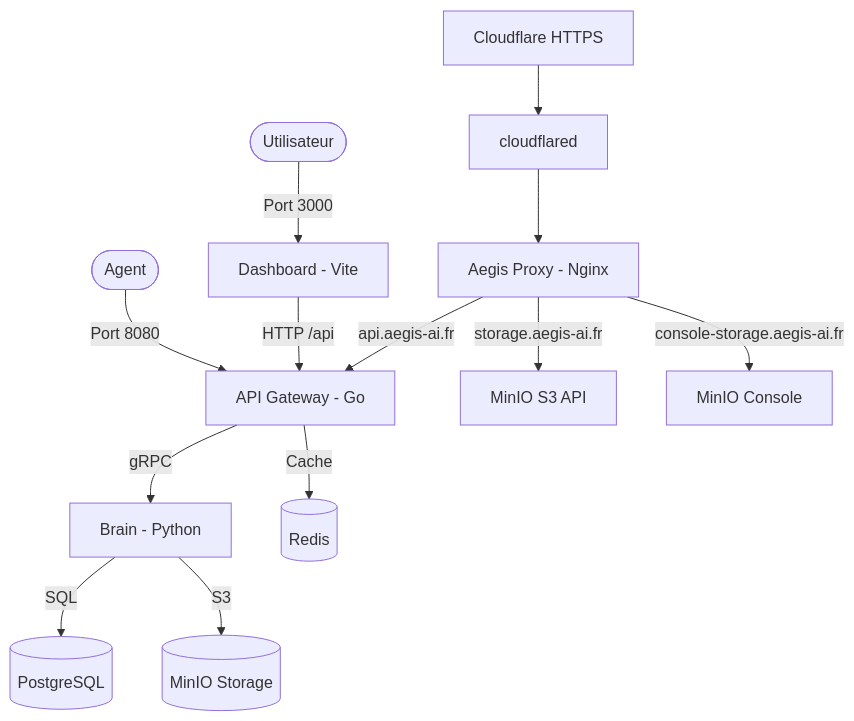
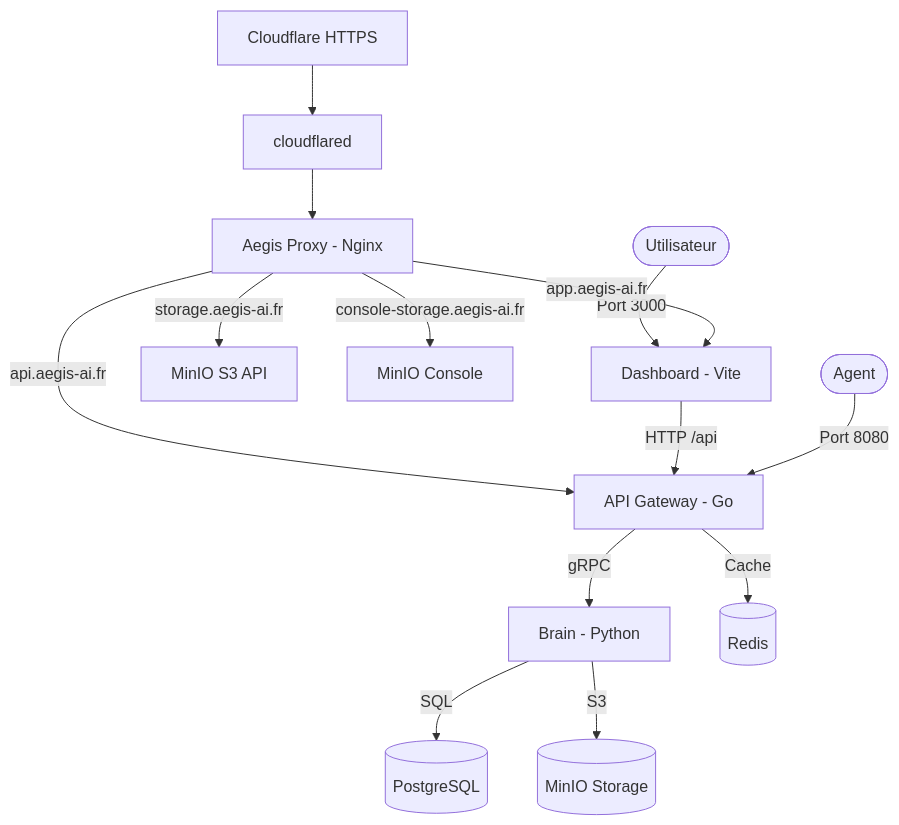
One commit to Aegis-AI-Organizations/Aegis-AI-Infra changed the diagram in local-dev/README.md. Above: the diagram before and after it, drawn with Mermaid. The commit also changed other lines of this file and 1 other file, not shown here.

````diff
--- a/local-dev/README.md
+++ b/local-dev/README.md
@@ -9,15 +9,16 @@
 ```mermaid
 graph TD
     User([Utilisateur]) -- Port 3000 --> Dashboard[Dashboard - Vite]
     CF[Cloudflare HTTPS] --> Tunnel[cloudflared]
     Tunnel --> Proxy[Aegis Proxy - Nginx]
     Proxy -- api.aegis-ai.fr --> Gateway
+    Proxy -- app.aegis-ai.fr --> Dashboard
     Proxy -- storage.aegis-ai.fr --> MinIOApi[MinIO S3 API]
     Proxy -- console-storage.aegis-ai.fr --> MinIOConsole[MinIO Console]
     Dashboard -- HTTP /api --> Gateway[API Gateway - Go]
     Agent([Agent]) -- Port 8080 --> Gateway
     Gateway -- gRPC --> Brain[Brain - Python]
     Brain -- SQL --> DB[(PostgreSQL)]
     Brain -- S3 --> MinIO[(MinIO Storage)]
     Gateway -- Cache --> Redis[(Redis)]
 ```
````
